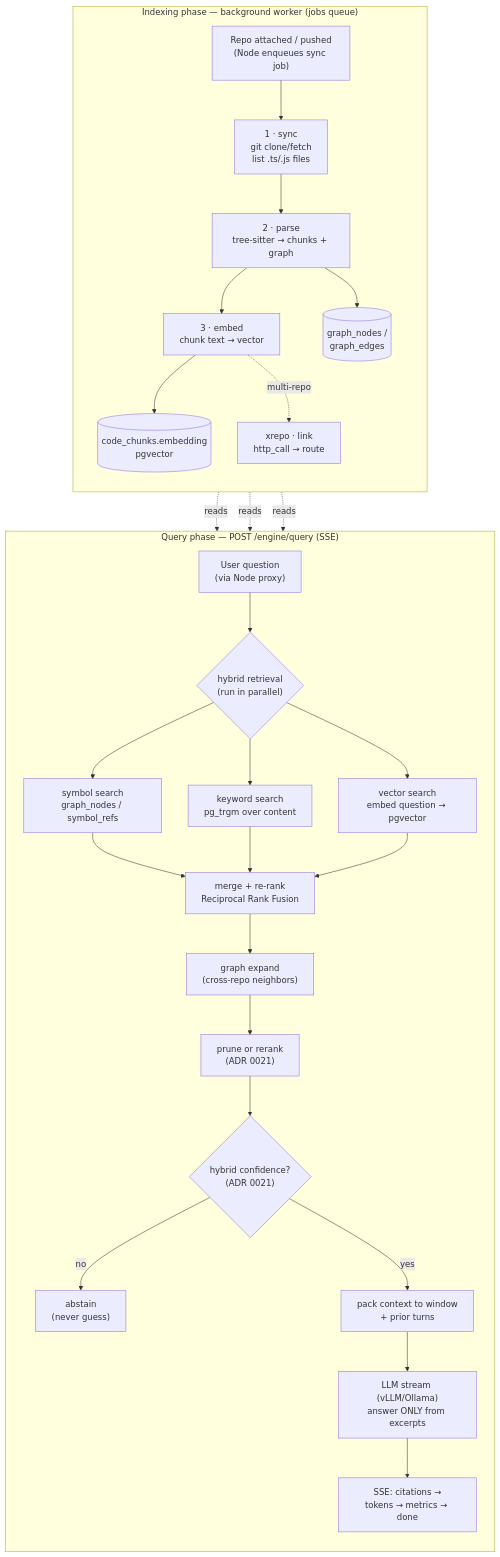
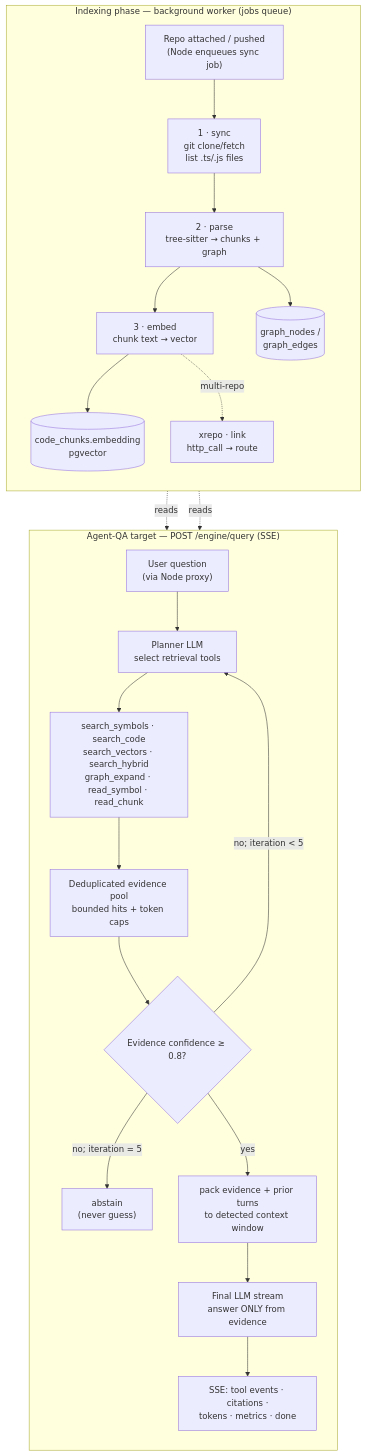
Before and after one commit to ashokduraik/CodeSage: the diagram in apps/engine/README.md, drawn with Mermaid. The commit also changed other lines of this file and 16 other files, not shown here.

Commit message:
Add LLM tool calling for the agent planner with a startup health probe.

````diff
--- a/apps/engine/README.md
+++ b/apps/engine/README.md
@@ -22,34 +22,28 @@
 ```mermaid
 flowchart TB
   subgraph INDEX["Indexing phase — background worker (jobs queue)"]
     direction TB
     A["Repo attached / pushed<br/>(Node enqueues sync job)"] --> S["1 · sync<br/>git clone/fetch<br/>list .ts/.js files"]
     S --> P["2 · parse<br/>tree-sitter → chunks + graph"]
     P --> E["3 · embed<br/>chunk text → vector"]
     P --> G[("graph_nodes /<br/>graph_edges")]
     E --> V[("code_chunks.embedding<br/>pgvector")]
     E -. "multi-repo" .-> X["xrepo · link<br/>http_call → route"]
   end
 
-  subgraph QUERY["Query phase — POST /engine/query (SSE)"]
+  subgraph QUERY["Agent-QA target — POST /engine/query (SSE)"]
     direction TB
-    Q["User question<br/>(via Node proxy)"] --> H{"hybrid retrieval<br/>(run in parallel)"}
-    H --> SYM["symbol search<br/>graph_nodes / symbol_refs"]
-    H --> KW["keyword search<br/>pg_trgm over content"]
-    H --> VEC["vector search<br/>embed question → pgvector"]
-    SYM --> RRF["merge + re-rank<br/>Reciprocal Rank Fusion"]
-    KW --> RRF
-    VEC --> RRF
-    RRF --> GX["graph expand<br/>(cross-repo neighbors)"]
-    GX --> PRUNE["prune or rerank<br/>(ADR 0021)"]
-    PRUNE --> GATE{"hybrid confidence?<br/>(ADR 0021)"}
-    GATE -- "no" --> AB["abstain<br/>(never guess)"]
-    GATE -- "yes" --> PACK["pack context to window<br/>+ prior turns"]
-    PACK --> LLM["LLM stream (vLLM/Ollama)<br/>answer ONLY from excerpts"]
-    LLM --> SSE["SSE: citations →<br/>tokens → metrics → done"]
+    Q["User question<br/>(via Node proxy)"] --> PLAN["Planner LLM<br/>select retrieval tools"]
+    PLAN --> TOOLS["search_symbols · search_code<br/>search_vectors · search_hybrid<br/>graph_expand · read_symbol · read_chunk"]
+    TOOLS --> POOL["Deduplicated evidence pool<br/>bounded hits + token caps"]
+    POOL --> GATE{"Evidence confidence ≥ 0.8?"}
+    GATE -- "no; iteration < 5" --> PLAN
+    GATE -- "no; iteration = 5" --> AB["abstain<br/>(never guess)"]
+    GATE -- "yes" --> PACK["pack evidence + prior turns<br/>to detected context window"]
+    PACK --> LLM["Final LLM stream<br/>answer ONLY from evidence"]
+    LLM --> SSE["SSE: tool events · citations ·<br/>tokens · metrics · done"]
   end
 
-  V -. "reads" .-> VEC
-  G -. "reads" .-> SYM
-  G -. "reads" .-> GX
+  V -. "reads" .-> TOOLS
+  G -. "reads" .-> TOOLS
 ```
````
